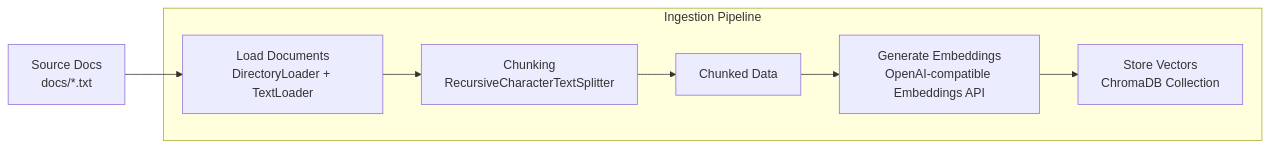
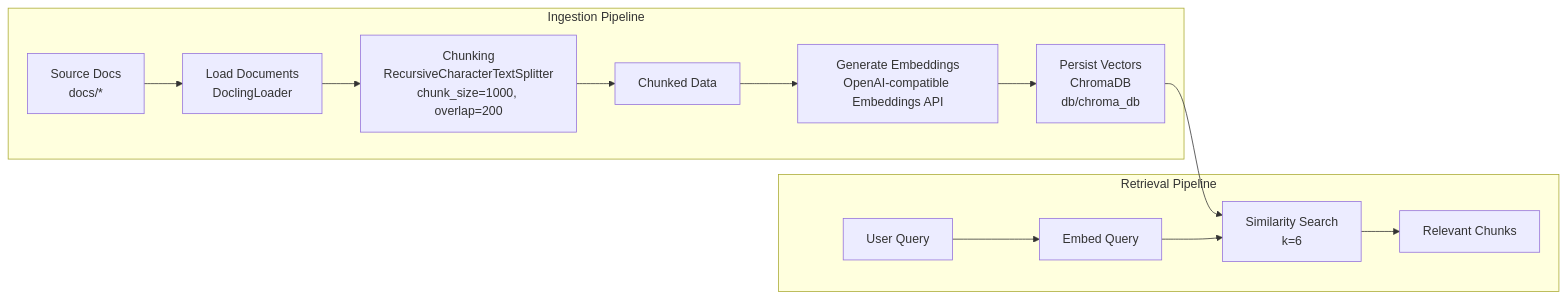
One commit to yasasbanukaofficial/generic-rag-pipeline changed the diagram in README.md. Above: the diagram before and after it, drawn with Mermaid. The commit also changed other lines of this file and 1 other file, not shown here.

Commit message:
docs: enhance documentation for ingestion and retrieval pipelines, clarify usage and flow

````diff
--- a/README.md
+++ b/README.md
@@ -11,16 +14,17 @@
 ```mermaid
 flowchart LR
-    A[Source Docs<br/>docs/*.txt] --> B[Load Documents<br/>DirectoryLoader + TextLoader]
-    B --> C[Chunking<br/>RecursiveCharacterTextSplitter]
-    C --> D[Chunked Data]
-    D --> E[Generate Embeddings<br/>OpenAI-compatible Embeddings API]
-    E --> F[Store Vectors<br/>ChromaDB Collection]
+    subgraph Ingestion Pipeline
+        A[Source Docs<br/>docs/*] --> B[Load Documents<br/>DoclingLoader]
+        B --> C[Chunking<br/>RecursiveCharacterTextSplitter<br/>chunk_size=1000, overlap=200]
+        C --> D[Chunked Data]
+        D --> E[Generate Embeddings<br/>OpenAI-compatible Embeddings API]
+        E --> F[Persist Vectors<br/>ChromaDB<br/>db/chroma_db]
+    end
 
-    subgraph Ingestion Pipeline
-        B
-        C
-        D
-        E
-        F
+    subgraph Retrieval Pipeline
+        G[User Query] --> H[Embed Query]
+        F --> I[Similarity Search<br/>k=6]
+        H --> I
+        I --> J[Relevant Chunks]
     end
 ```
````
